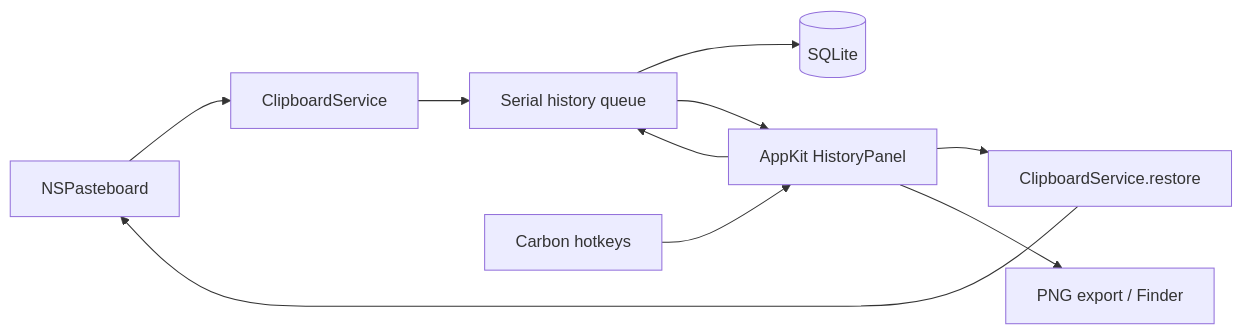
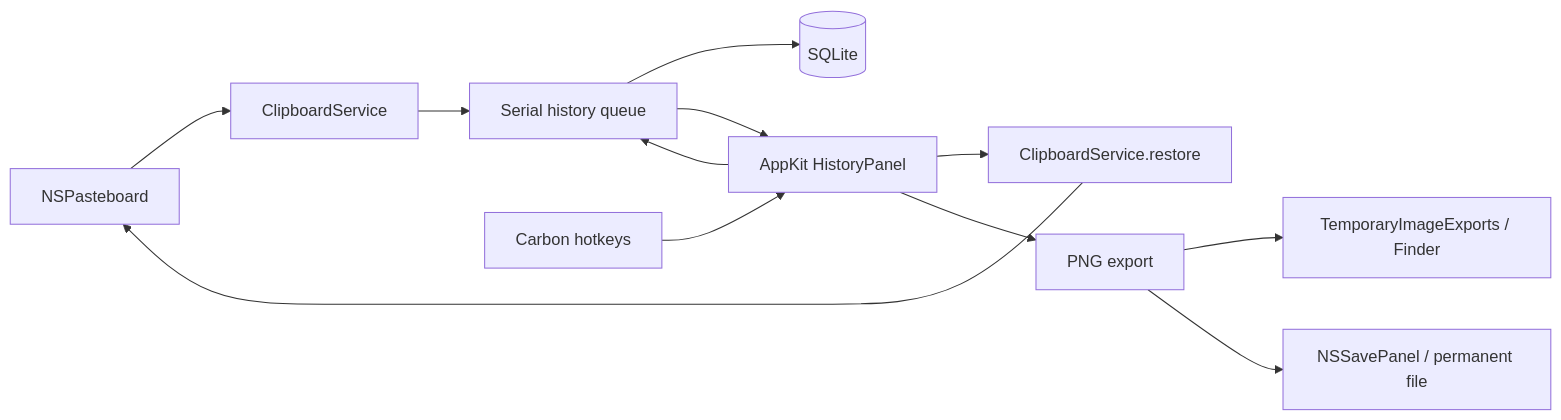
The diagram in docs/architecture.md (dqunbp/buffera), drawn with Mermaid before and after one commit. The commit also changed other lines of this file and 14 other files, not shown here.

````diff
--- a/docs/architecture.md
+++ b/docs/architecture.md
@@ -3,12 +3,14 @@
 ```mermaid
 flowchart LR
   PB[NSPasteboard] --> Capture[ClipboardService]
   Capture --> Queue[Serial history queue]
   Queue --> DB[(SQLite)]
   Keys[Carbon hotkeys] --> UI[AppKit HistoryPanel]
   UI --> Queue
   Queue --> UI
   UI --> Restore[ClipboardService.restore]
   Restore --> PB
-  UI --> Export[PNG export / Finder]
+  UI --> Export[PNG export]
+  Export --> Temporary[TemporaryImageExports / Finder]
+  Export --> Saved[NSSavePanel / permanent file]
 ```
````
